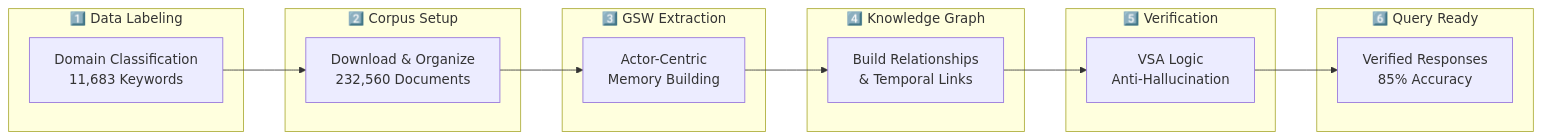
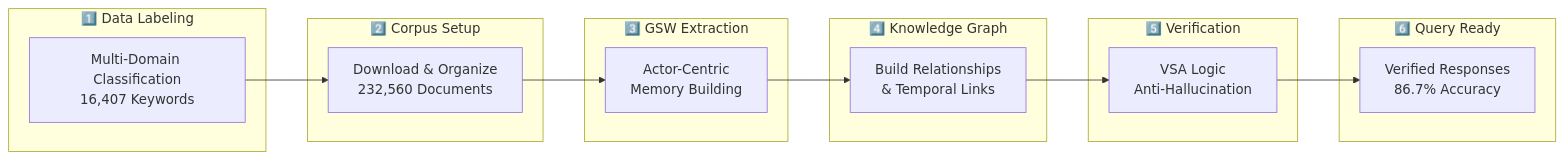
One commit to Verridian-ai/Functional-Structure-of-Episodic-Memory changed diagram 14 of 18 in README.md. Above: the diagram before and after it, drawn with Mermaid. The commit also changed other lines of this file and 24 other files, not shown here.

First line of the commit message:
feat: Complete classification system overhaul with multi-domain support

````diff
--- a/README.md
+++ b/README.md
@@ -917,28 +1252,28 @@
 ```mermaid
 flowchart LR
     subgraph Step1["1️⃣ Data Labeling"]
-        LABEL[Domain Classification<br/>11,683 Keywords]
+        LABEL[Multi-Domain Classification<br/>16,407 Keywords]
     end
 
     subgraph Step2["2️⃣ Corpus Setup"]
         DL[Download & Organize<br/>232,560 Documents]
     end
 
     subgraph Step3["3️⃣ GSW Extraction"]
         GSW[Actor-Centric<br/>Memory Building]
     end
 
     subgraph Step4["4️⃣ Knowledge Graph"]
         KG[Build Relationships<br/>& Temporal Links]
     end
 
     subgraph Step5["5️⃣ Verification"]
         VSA[VSA Logic<br/>Anti-Hallucination]
     end
 
     subgraph Step6["6️⃣ Query Ready"]
-        QUERY[Verified Responses<br/>85% Accuracy]
+        QUERY[Verified Responses<br/>86.7% Accuracy]
     end
 
     LABEL --> DL --> GSW --> KG --> VSA --> QUERY
 ```
````
